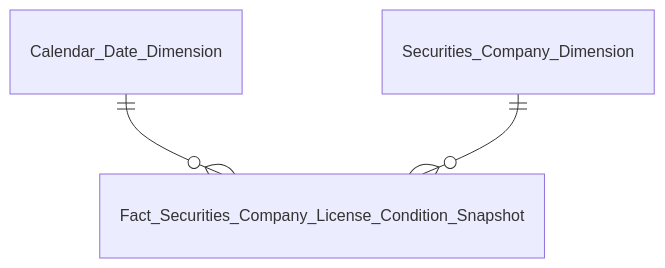
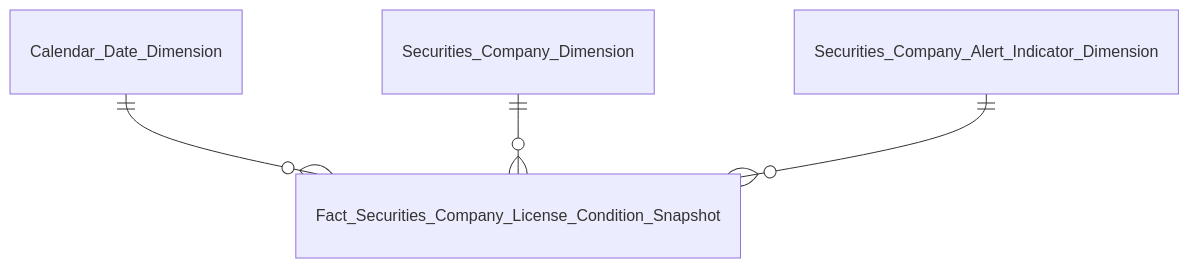
Before and after one commit to linhlvit/ubck_atomic_design: the third of 11 diagrams in Datamart/hld/DTM_QLKD_Entities.md, drawn with Mermaid. The commit also changed other lines of this file and 10 other files, not shown here.

Commit message:
feat(qlkd): them dimension alert indicator va dong bo HLD LLD flat tables theo O_QLKD_75

````diff
--- a/Datamart/hld/DTM_QLKD_Entities.md
+++ b/Datamart/hld/DTM_QLKD_Entities.md
@@ -42,5 +42,6 @@
 ```mermaid
 erDiagram
     Calendar_Date_Dimension ||--o{ Fact_Securities_Company_License_Condition_Snapshot : " "
     Securities_Company_Dimension ||--o{ Fact_Securities_Company_License_Condition_Snapshot : " "
+    Securities_Company_Alert_Indicator_Dimension ||--o{ Fact_Securities_Company_License_Condition_Snapshot : " "
 ```
````
